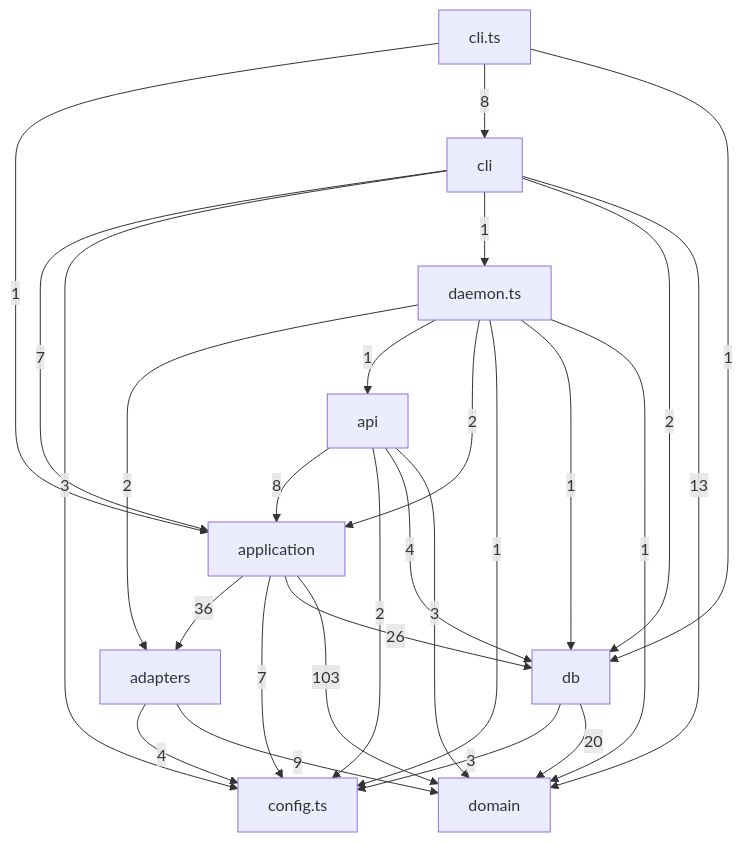
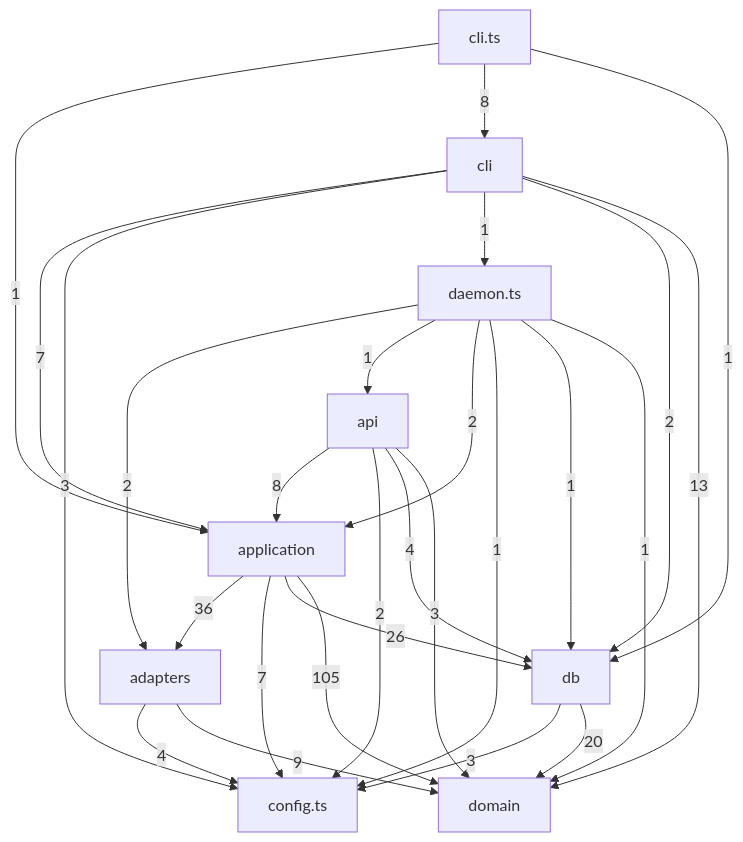
One commit to tomrobdev/agentdeck changed the third of 5 diagrams in docs/architecture.md. Above: the diagram before and after it, drawn with Mermaid. The commit also changed other lines of this file and 17 other files, not shown here.

````diff
--- a/docs/architecture.md
+++ b/docs/architecture.md
@@ -95,38 +95,38 @@
 ```mermaid
 flowchart TD
   adapters["adapters"]
   api["api"]
   application["application"]
   cli["cli"]
   cli_ts["cli.ts"]
   config_ts["config.ts"]
   daemon_ts["daemon.ts"]
   db["db"]
   domain["domain"]
   adapters -->|4| config_ts
   adapters -->|9| domain
   api -->|8| application
   api -->|2| config_ts
   api -->|4| db
   api -->|3| domain
   application -->|36| adapters
   application -->|7| config_ts
   application -->|26| db
-  application -->|103| domain
+  application -->|105| domain
   cli_ts -->|1| application
   cli_ts -->|8| cli
   cli_ts -->|1| db
   cli -->|7| application
   cli -->|3| config_ts
   cli -->|1| daemon_ts
   cli -->|2| db
   cli -->|13| domain
   daemon_ts -->|2| adapters
   daemon_ts -->|1| api
   daemon_ts -->|2| application
   daemon_ts -->|1| config_ts
   daemon_ts -->|1| db
   daemon_ts -->|1| domain
   db -->|3| config_ts
   db -->|20| domain
 ```
````
